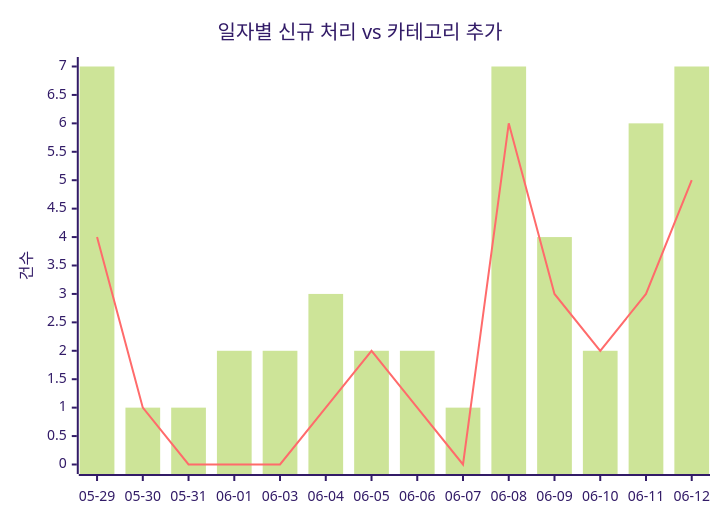
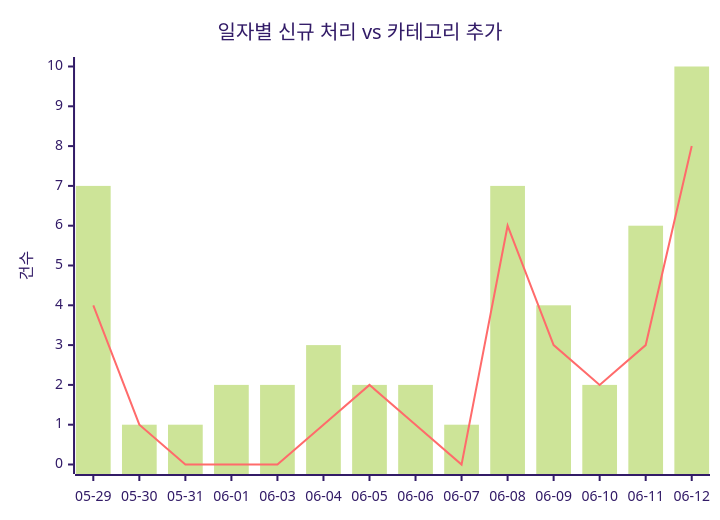
Before and after one commit to J-nowcow/awesome-korean-agent-skills: the first of 2 diagrams in docs/trends.md, drawn with Mermaid (forest theme). The commit also changed other lines of this file and 6 other files, not shown here.

````diff
--- a/docs/trends.md
+++ b/docs/trends.md
@@ -32,8 +32,8 @@
 ```mermaid
 xychart-beta
     title "일자별 신규 처리 vs 카테고리 추가"
     x-axis ["05-29","05-30","05-31","06-01","06-03","06-04","06-05","06-06","06-07","06-08","06-09","06-10","06-11","06-12"]
     y-axis "건수"
-    bar [7,1,1,2,2,3,2,2,1,7,4,2,6,7]
-    line [4,1,0,0,0,1,2,1,0,6,3,2,3,5]
+    bar [7,1,1,2,2,3,2,2,1,7,4,2,6,10]
+    line [4,1,0,0,0,1,2,1,0,6,3,2,3,8]
 ```
````
